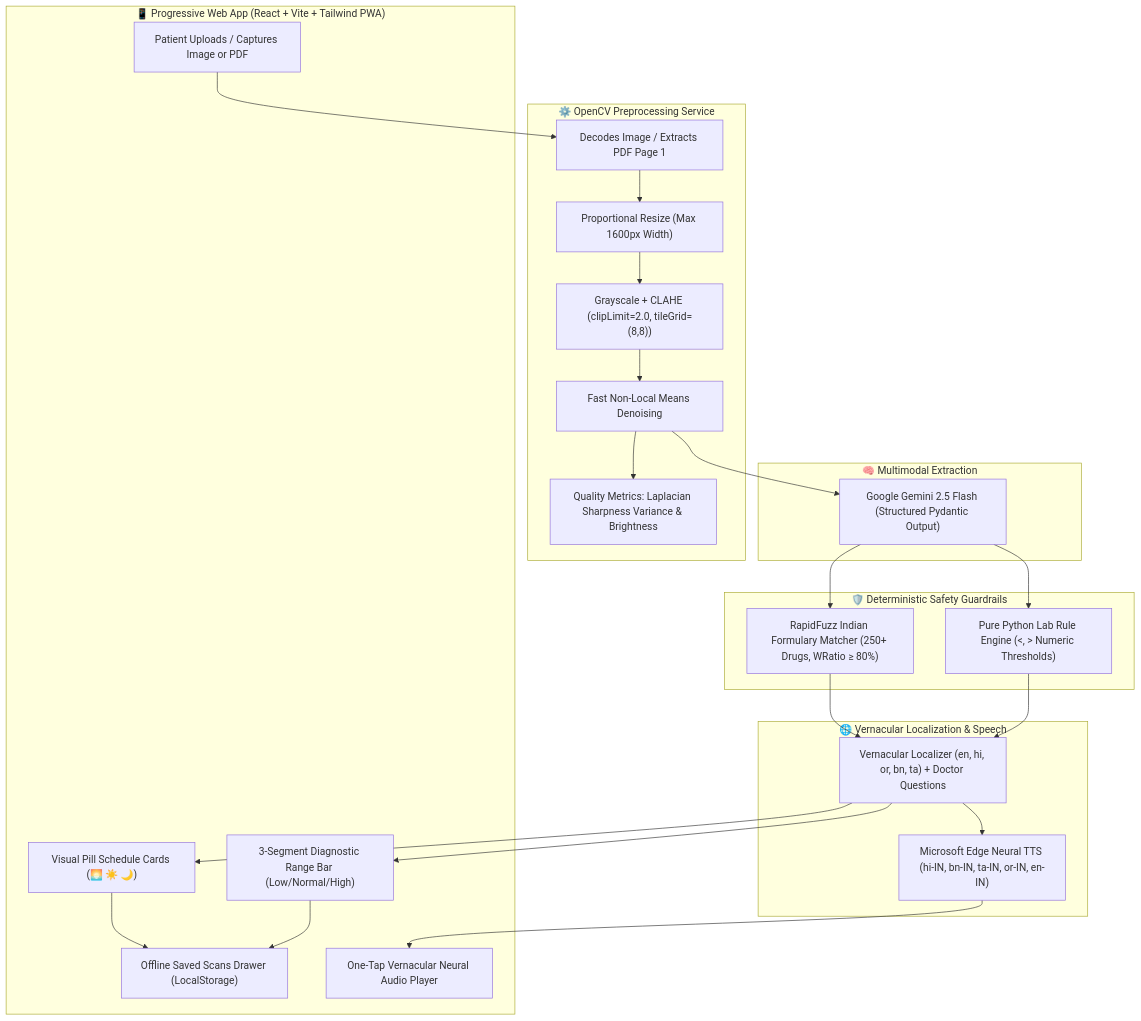
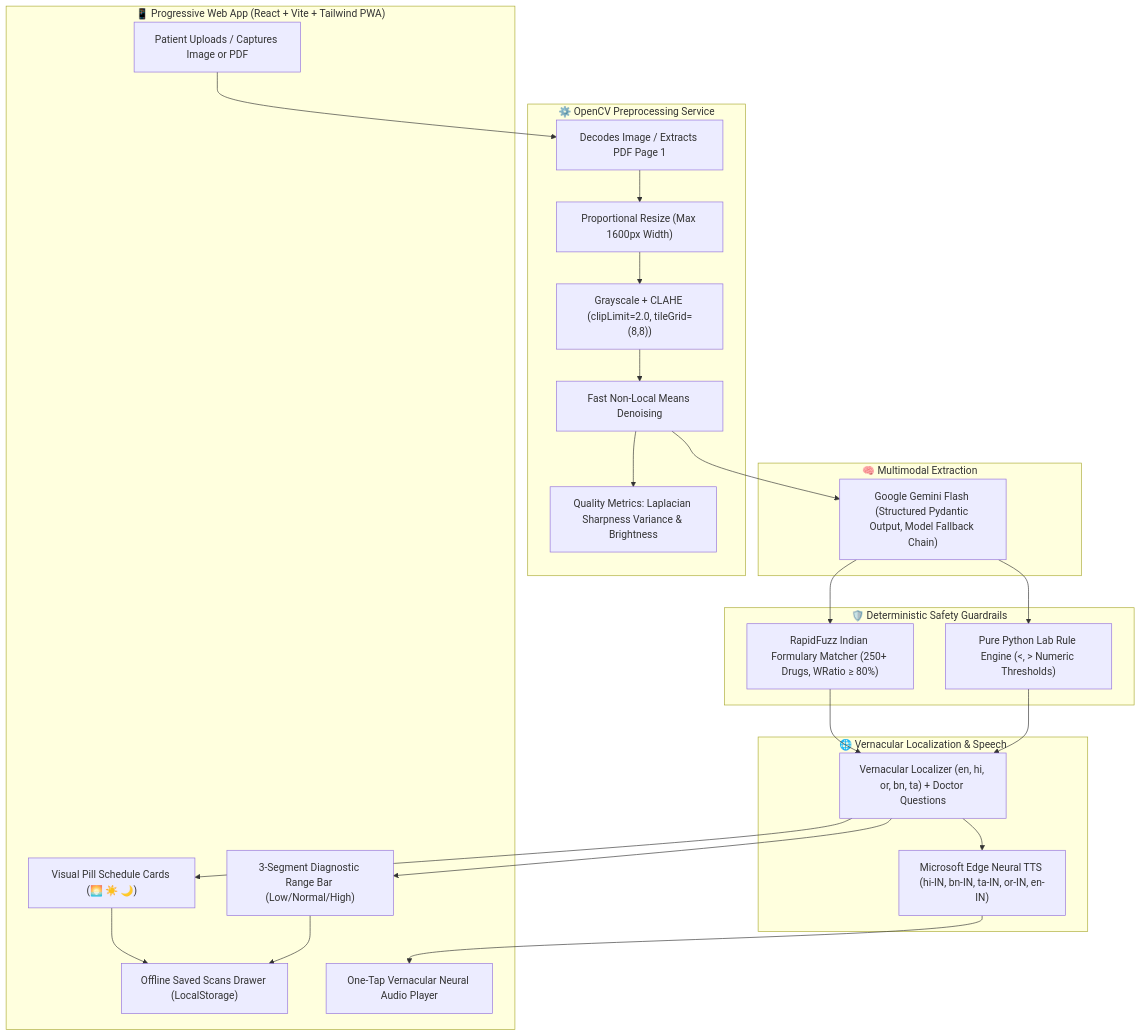
Before and after one commit to HaraPrasadGouda/MedBhasha: the diagram in README.md, drawn with Mermaid. The commit also changed other lines of this file and 6 other files, not shown here.

````diff
--- a/README.md
+++ b/README.md
@@ -21,43 +21,43 @@
 ```mermaid
 flowchart TD
     subgraph Client["📱 Progressive Web App (React + Vite + Tailwind PWA)"]
         A["Patient Uploads / Captures Image or PDF"]
         K["Offline Saved Scans Drawer (LocalStorage)"]
         L["One-Tap Vernacular Neural Audio Player"]
         M["Visual Pill Schedule Cards (🌅 ☀️ 🌙)"]
         N["3-Segment Diagnostic Range Bar (Low/Normal/High)"]
     end
 
     subgraph Preprocessing["⚙️ OpenCV Preprocessing Service"]
         B["Decodes Image / Extracts PDF Page 1"]
         C["Proportional Resize (Max 1600px Width)"]
         D["Grayscale + CLAHE (clipLimit=2.0, tileGrid=(8,8))"]
         E["Fast Non-Local Means Denoising"]
         F["Quality Metrics: Laplacian Sharpness Variance & Brightness"]
     end
 
     subgraph AI_Inference["🧠 Multimodal Extraction"]
-        G["Google Gemini 2.5 Flash (Structured Pydantic Output)"]
+        G["Google Gemini Flash (Structured Pydantic Output, Model Fallback Chain)"]
     end
 
     subgraph Verification["🛡️ Deterministic Safety Guardrails"]
         H["RapidFuzz Indian Formulary Matcher (250+ Drugs, WRatio ≥ 80%)"]
         I["Pure Python Lab Rule Engine (<, > Numeric Thresholds)"]
     end
 
     subgraph Localization["🌐 Vernacular Localization & Speech"]
         J["Vernacular Localizer (en, hi, or, bn, ta) + Doctor Questions"]
         O["Microsoft Edge Neural TTS (hi-IN, bn-IN, ta-IN, or-IN, en-IN)"]
     end
 
     A --> B
     B --> C --> D --> E --> F
     E --> G
     G --> H & I
     H --> J
     I --> J
     J --> O
     J --> M & N
     O --> L
     M & N --> K
 ```
````
